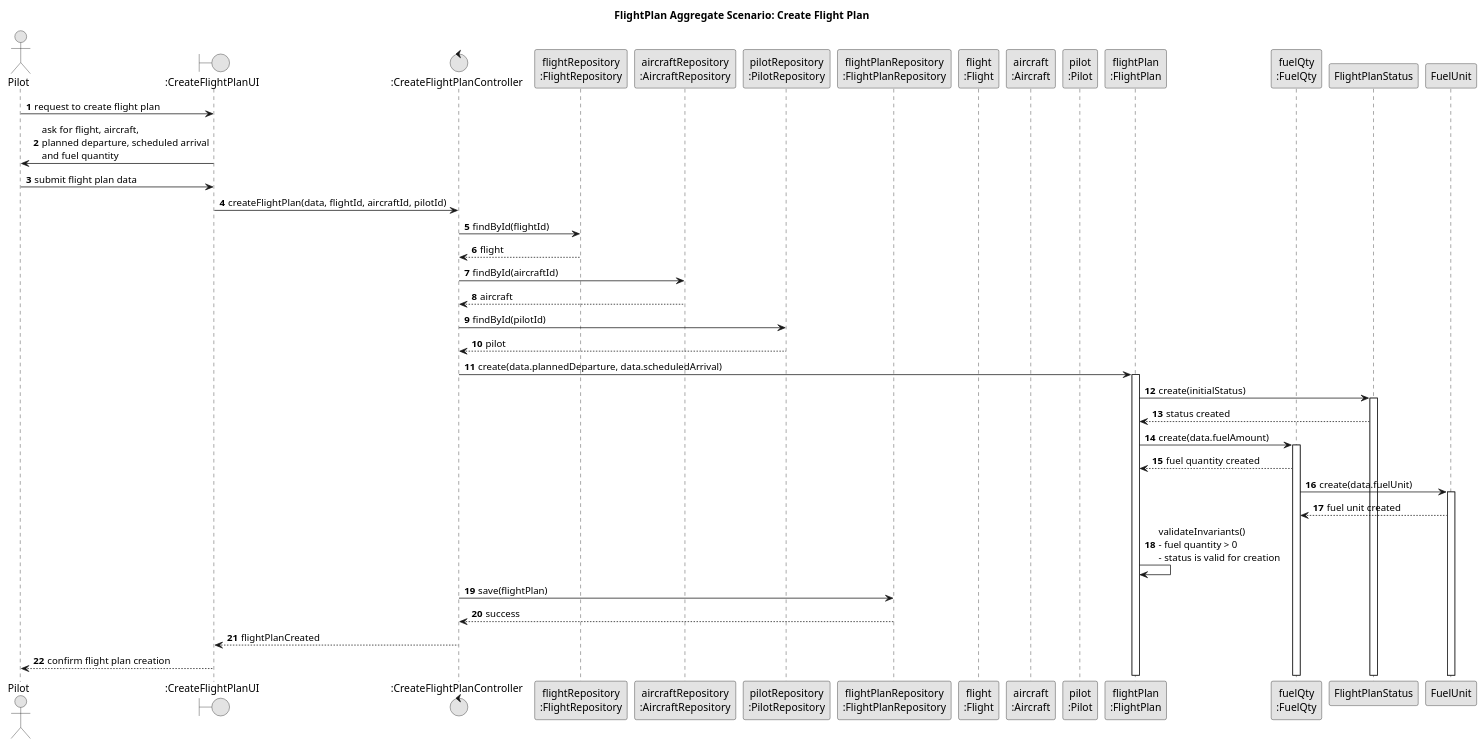
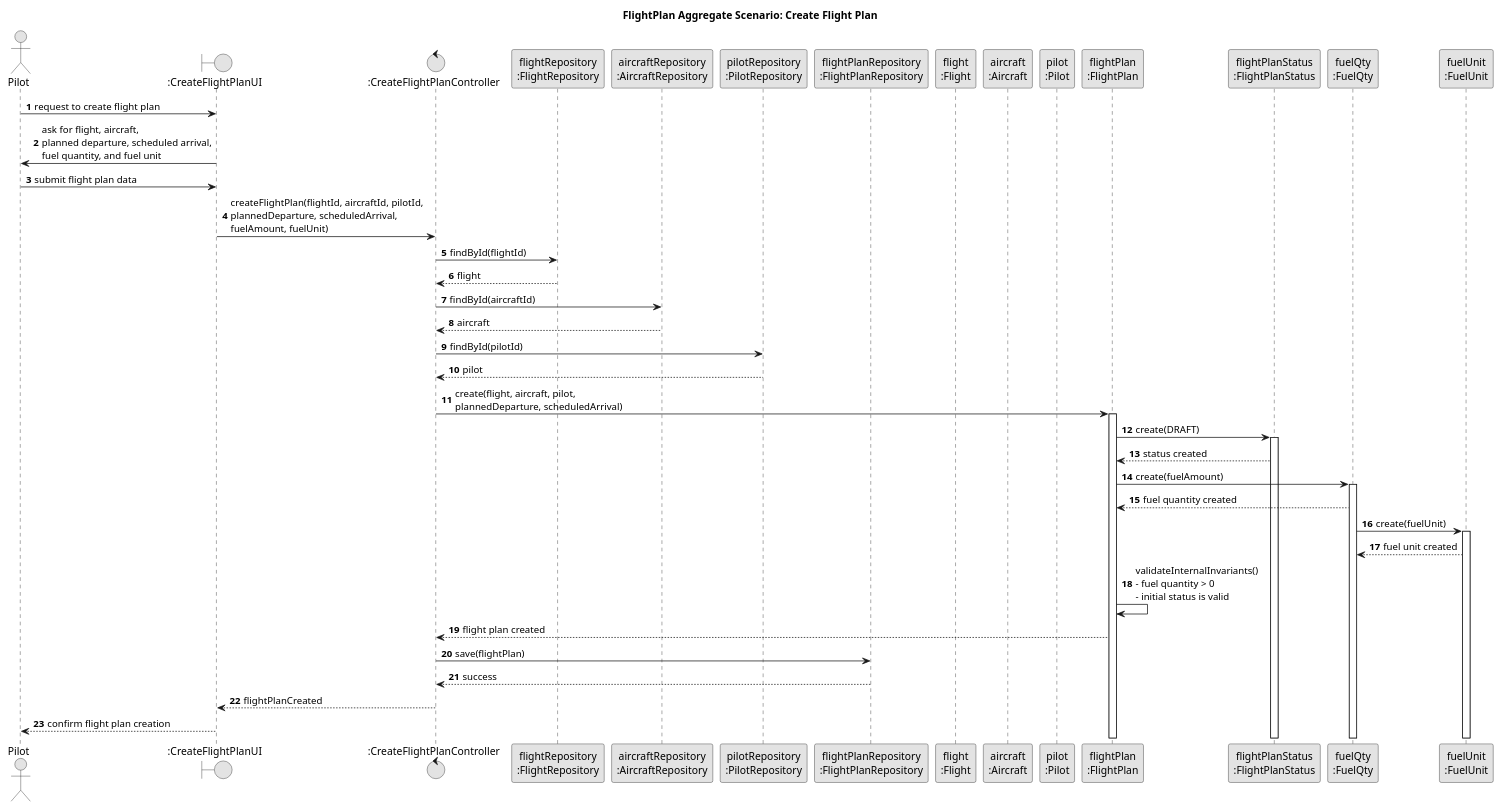
One commit to GustavoFerreira24/flight-management-platform changed the diagram in docs/global-artifacts/03.design/puml/FlightPlanAggregate-SD.puml. Above: the diagram before and after it, drawn with PlantUML. The commit also changed 6 other files, not shown here.

Commit message:
US11(docs) SD edited the part of the Flight, FlightPlan and FlightRoute [#18][#19]

```diff
--- a/docs/global-artifacts/03.design/puml/FlightPlanAggregate-SD.puml
+++ b/docs/global-artifacts/03.design/puml/FlightPlanAggregate-SD.puml
@@ -1,57 +1,60 @@
 @startuml
 title FlightPlan Aggregate Scenario: Create Flight Plan
 
 skinparam monochrome true
 skinparam packageStyle rectangle
 skinparam shadowing false
 
 autonumber
 
 actor "Pilot" as P
 boundary ":CreateFlightPlanUI" as UI
 control ":CreateFlightPlanController" as C
 participant "flightRepository\n:FlightRepository" as FlightRepo
 participant "aircraftRepository\n:AircraftRepository" as AircraftRepo
 participant "pilotRepository\n:PilotRepository" as PilotRepo
 participant "flightPlanRepository\n:FlightPlanRepository" as FlightPlanRepo
 participant "flight\n:Flight" as Flight
 participant "aircraft\n:Aircraft" as Aircraft
 participant "pilot\n:Pilot" as Pilot
 participant "flightPlan\n:FlightPlan" as FlightPlan
+participant "flightPlanStatus\n:FlightPlanStatus" as FlightPlanStatus
 participant "fuelQty\n:FuelQty" as FuelQty
+participant "fuelUnit\n:FuelUnit" as FuelUnit
 
 P -> UI : request to create flight plan
-UI -> P : ask for flight, aircraft,\nplanned departure, scheduled arrival\nand fuel quantity
+UI -> P : ask for flight, aircraft,\nplanned departure, scheduled arrival,\nfuel quantity, and fuel unit
 
 P -> UI : submit flight plan data
-UI -> C : createFlightPlan(data, flightId, aircraftId, pilotId)
+UI -> C : createFlightPlan(flightId, aircraftId, pilotId,\nplannedDeparture, scheduledArrival,\nfuelAmount, fuelUnit)
 
 C -> FlightRepo : findById(flightId)
 FlightRepo --> C : flight
 
 C -> AircraftRepo : findById(aircraftId)
 AircraftRepo --> C : aircraft
 
 C -> PilotRepo : findById(pilotId)
 PilotRepo --> C : pilot
 
-C -> FlightPlan ++ : create(data.plannedDeparture, data.scheduledArrival)
+C -> FlightPlan ++ : create(flight, aircraft, pilot,\nplannedDeparture, scheduledArrival)
 
-FlightPlan -> FlightPlanStatus ++ : create(initialStatus)
+FlightPlan -> FlightPlanStatus ++ : create(DRAFT)
 FlightPlanStatus --> FlightPlan : status created
 
-FlightPlan -> FuelQty ++ : create(data.fuelAmount)
+FlightPlan -> FuelQty ++ : create(fuelAmount)
 FuelQty --> FlightPlan : fuel quantity created
 
-FuelQty -> FuelUnit ++ : create(data.fuelUnit)
+FuelQty -> FuelUnit ++ : create(fuelUnit)
 FuelUnit --> FuelQty : fuel unit created
 
-FlightPlan -> FlightPlan : validateInvariants()\n- fuel quantity > 0\n- status is valid for creation
+FlightPlan -> FlightPlan : validateInternalInvariants()\n- fuel quantity > 0\n- initial status is valid
+FlightPlan --> C : flight plan created
 
 C -> FlightPlanRepo : save(flightPlan)
 FlightPlanRepo --> C : success
 
 C --> UI : flightPlanCreated
 UI --> P : confirm flight plan creation
 
 @enduml
```
